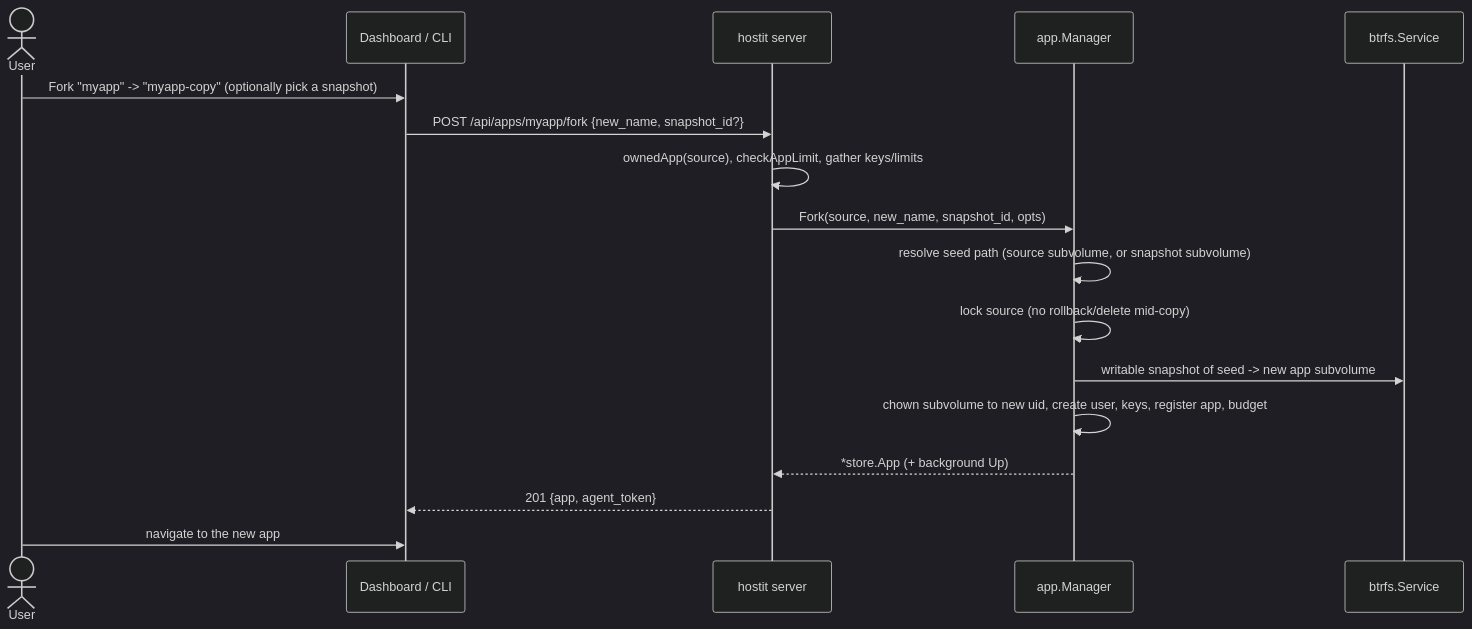
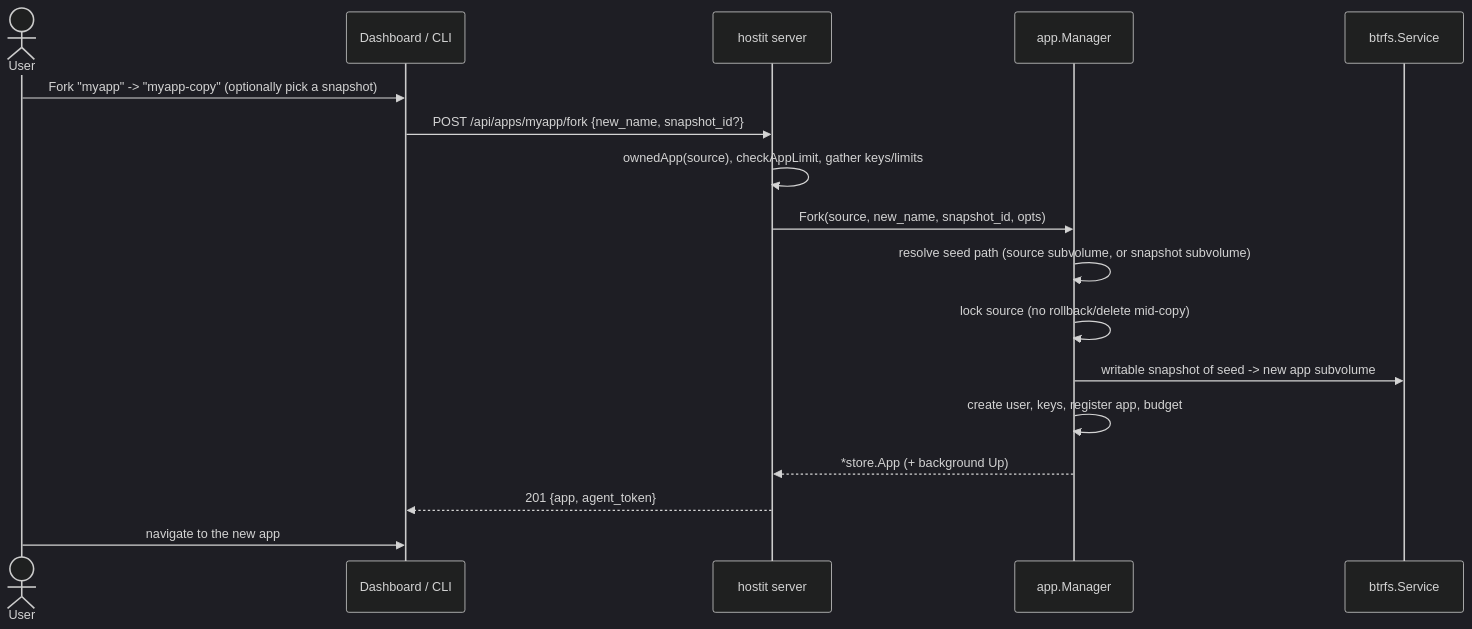
One commit to binwiederhier/hostit changed the diagram in docs/features/fork.md. Above: the diagram before and after it, drawn with Mermaid (dark theme). The commit also changed other lines of this file and 14 other files, not shown here.

````diff
--- a/docs/features/fork.md
+++ b/docs/features/fork.md
@@ -45,19 +45,19 @@
 ```mermaid
 sequenceDiagram
     actor User
     participant UI as Dashboard / CLI
     participant API as hostit server
     participant Mgr as app.Manager
     participant Btrfs as btrfs.Service
     User->>UI: Fork "myapp" -> "myapp-copy" (optionally pick a snapshot)
     UI->>API: POST /api/apps/myapp/fork {new_name, snapshot_id?}
     API->>API: ownedApp(source), checkAppLimit, gather keys/limits
     API->>Mgr: Fork(source, new_name, snapshot_id, opts)
     Mgr->>Mgr: resolve seed path (source subvolume, or snapshot subvolume)
     Mgr->>Mgr: lock source (no rollback/delete mid-copy)
     Mgr->>Btrfs: writable snapshot of seed -> new app subvolume
-    Mgr->>Mgr: chown subvolume to new uid, create user, keys, register app, budget
+    Mgr->>Mgr: create user, keys, register app, budget
     Mgr-->>API: *store.App (+ background Up)
     API-->>UI: 201 {app, agent_token}
     User->>UI: navigate to the new app
 ```
````
